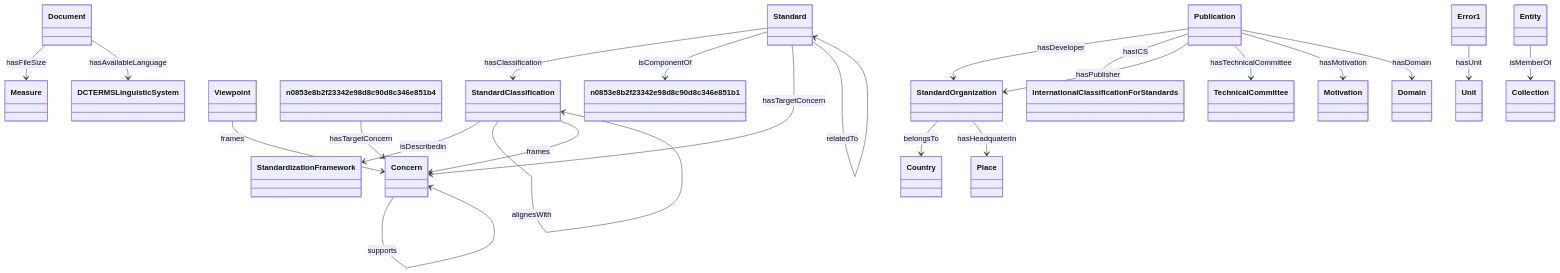
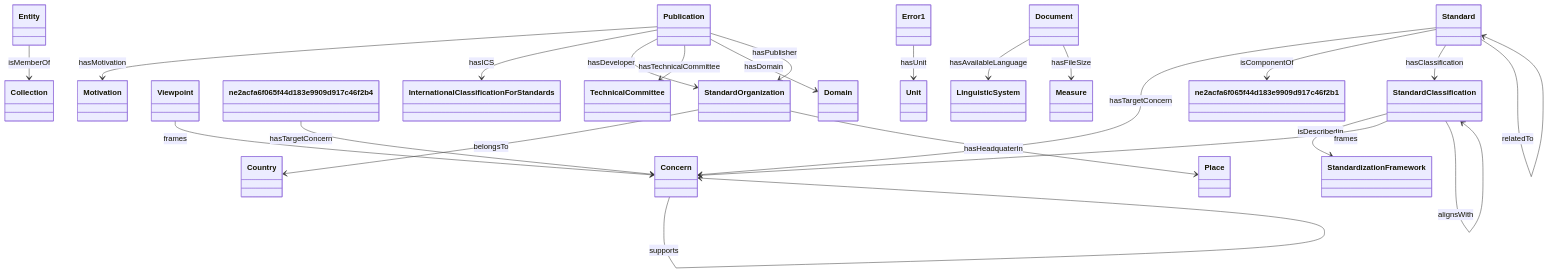
Before and after one commit to oeg-upm/Devos: the diagram in output/ieswc_freq/i40.ttl-freq-10.md, drawn with Mermaid. The commit also changed 52 other files, not shown here.

````diff
--- a/output/ieswc_freq/i40.ttl-freq-10.md
+++ b/output/ieswc_freq/i40.ttl-freq-10.md
@@ -38,7 +38,7 @@
     
     }
 
-    class n0853e8b2f23342e98d8c90d8c346e851b4 {
+    class ne2acfa6f065f44d183e9909d917c46f2b4 {
     
     }
 
@@ -46,48 +46,48 @@
 
 StandardClassification  --> StandardizationFramework   :isDescribedin  
 
+Publication  --> Motivation   :hasMotivation  
+
+StandardClassification  --> Concern   :frames  
+
+ne2acfa6f065f44d183e9909d917c46f2b4  --> Concern   :hasTargetConcern  
+
+StandardOrganization  --> Country   :belongsTo  
+
+Concern  --> Concern   :supports  
+
+Entity  --> Collection   :isMemberOf  
+
+Publication  --> InternationalClassificationForStandards   :hasICS  
+
+Viewpoint  --> Concern   :frames  
+
 Publication  --> StandardOrganization   :hasDeveloper  
+
+Publication  --> TechnicalCommittee   :hasTechnicalCommittee  
+
+Standard  --> Concern   :hasTargetConcern  
+
+Standard  --> ne2acfa6f065f44d183e9909d917c46f2b1   :isComponentOf  
+
+StandardOrganization  --> Place   :hasHeadquaterIn  
+
+Document  --> LinguisticSystem   :hasAvailableLanguage  
+
+Error1  --> Unit   :hasUnit  
+
+Publication  --> Domain   :hasDomain  
+
+StandardClassification  --> StandardClassification   :alignesWith  
+
+Publication  --> StandardOrganization   :hasPublisher  
+
+Standard  --> StandardClassification   :hasClassification  
 
 StandardClassification  --> StandardClassification   :alignsWith  
 
-StandardOrganization  --> Country   :belongsTo  
+Standard  --> Standard   :relatedTo  
 
 Document  --> Measure   :hasFileSize  
 
-Publication  --> InternationalClassificationForStandards   :hasICS  
-
-Publication  --> StandardOrganization   :hasPublisher  
-
-Document  --> DCTERMSLinguisticSystem   :hasAvailableLanguage  
-
-Standard  --> StandardClassification   :hasClassification  
-
-Standard  --> n0853e8b2f23342e98d8c90d8c346e851b1   :isComponentOf  
-
-Standard  --> Concern   :hasTargetConcern  
-
-StandardOrganization  --> Place   :hasHeadquaterIn  
-
-Publication  --> TechnicalCommittee   :hasTechnicalCommittee  
-
-Publication  --> Motivation   :hasMotivation  
-
-Error1  --> Unit   :hasUnit  
-
-n0853e8b2f23342e98d8c90d8c346e851b4  --> Concern   :hasTargetConcern  
-
-Entity  --> Collection   :isMemberOf  
-
-Viewpoint  --> Concern   :frames  
-
-Standard  --> Standard   :relatedTo  
-
-StandardClassification  --> Concern   :frames  
-
-Publication  --> Domain   :hasDomain  
-
-Concern  --> Concern   :supports  
-
-StandardClassification  --> StandardClassification   :alignesWith  
-
 ```
````
